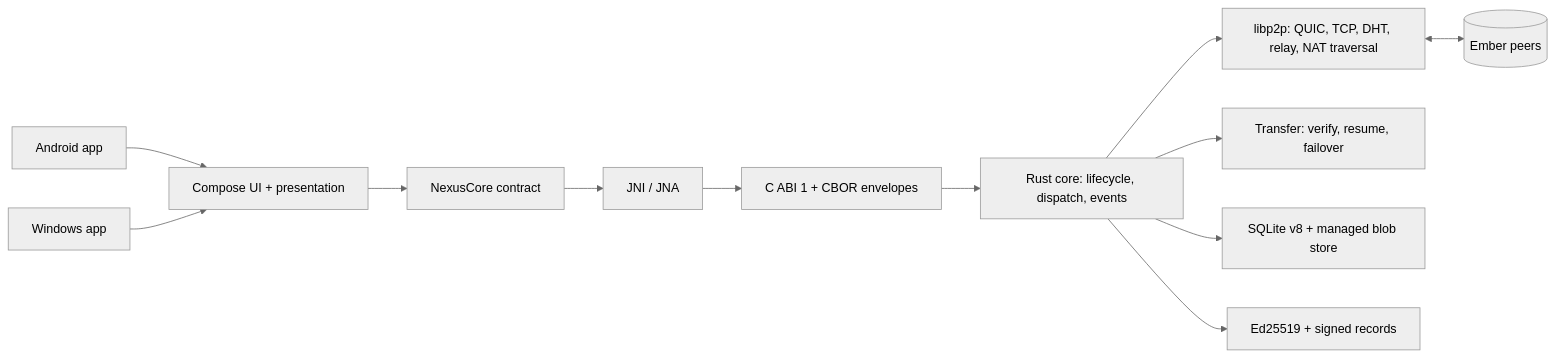
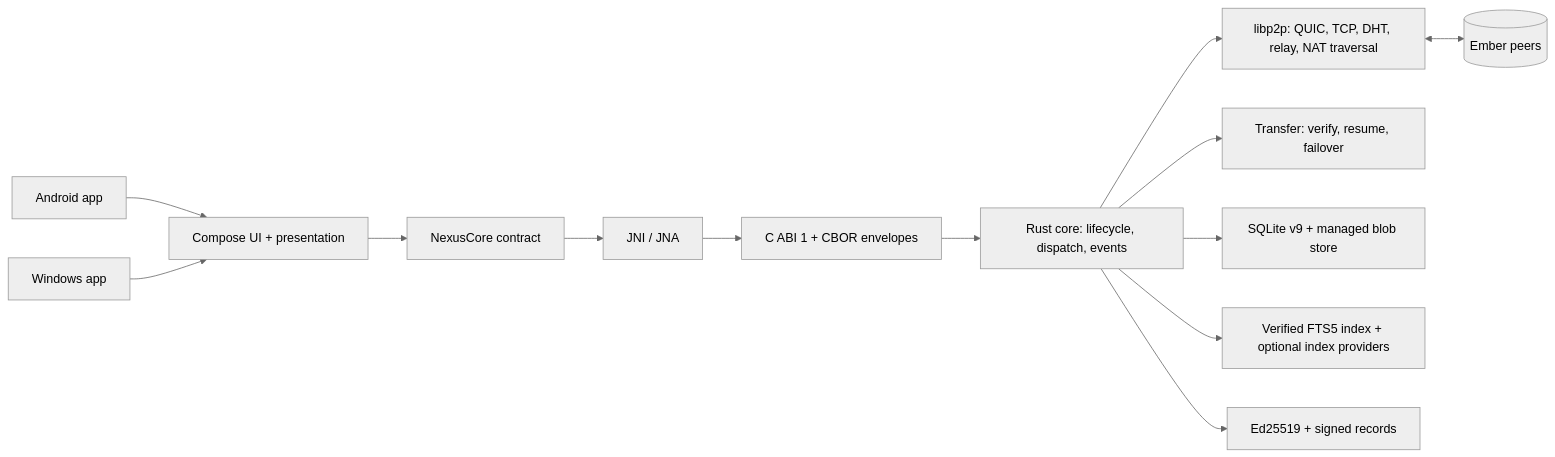
One commit to farokh-ra/Ember changed the diagram in README.md. Above: the diagram before and after it, drawn with Mermaid (neutral theme). The commit also changed other lines of this file and 59 other files, not shown here.

````diff
--- a/README.md
+++ b/README.md
@@ -129,14 +132,15 @@
 ```mermaid
 flowchart LR
     A["Android app"] --> UI["Compose UI + presentation"]
     W["Windows app"] --> UI
     UI --> API["NexusCore contract"]
     API --> BR["JNI / JNA"]
     BR --> FFI["C ABI 1 + CBOR envelopes"]
     FFI --> CORE["Rust core: lifecycle, dispatch, events"]
     CORE --> NET["libp2p: QUIC, TCP, DHT, relay, NAT traversal"]
     CORE --> XFER["Transfer: verify, resume, failover"]
-    CORE --> STORE["SQLite v8 + managed blob store"]
+    CORE --> STORE["SQLite v9 + managed blob store"]
+    CORE --> SEARCH["Verified FTS5 index + optional index providers"]
     CORE --> CRYPTO["Ed25519 + signed records"]
     NET <--> PEERS[("Ember peers")]
 ```
````
